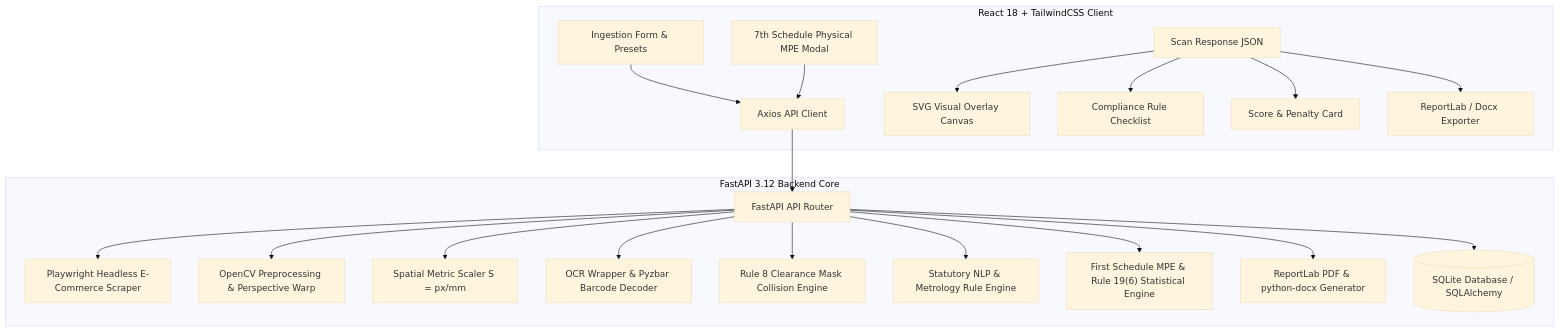
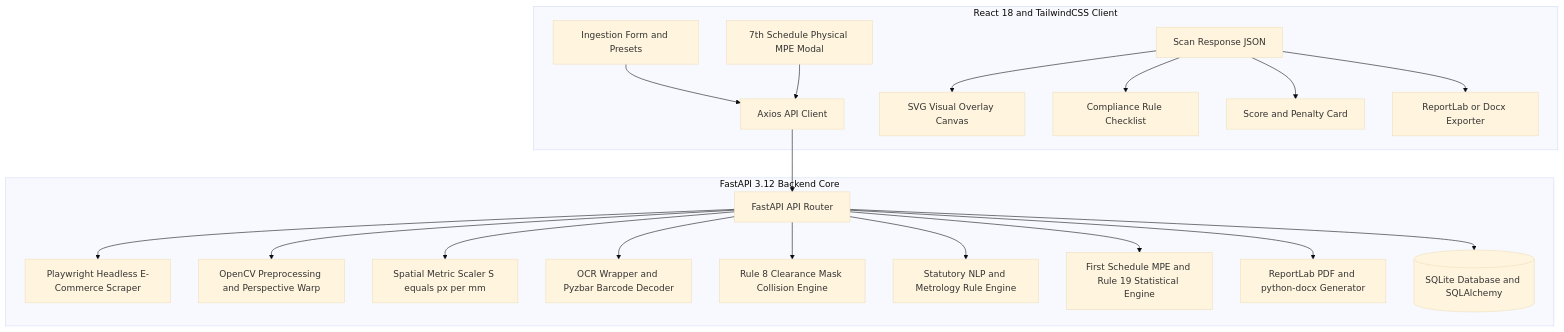
The diagram in docs/DOCUMENTATION.md (Xennonite/Heisen-De-Buggers), drawn with Mermaid (base theme) before and after one commit.

Commit message:
docs(architecture): Resolve GitHub Mermaid rendering failure

````diff
--- a/docs/DOCUMENTATION.md
+++ b/docs/DOCUMENTATION.md
@@ -293,24 +293,24 @@
 ```mermaid
 graph TD
-    subgraph Frontend ["React 18 + TailwindCSS Client"]
-        UI["Ingestion Form & Presets"] --> API_REQ["Axios API Client"]
-        API_RESP["Scan Response JSON"] --> CANVAS["SVG Visual Overlay Canvas"]
-        API_RESP --> CHECKLIST["Compliance Rule Checklist"]
-        API_RESP --> GAUGE["Score & Penalty Card"]
-        API_RESP --> EXPORTER["ReportLab / Docx Exporter"]
-        MODAL["7th Schedule Physical MPE Modal"] --> API_REQ
+    subgraph Frontend [React 18 and TailwindCSS Client]
+        UI[Ingestion Form and Presets] --> API_REQ[Axios API Client]
+        API_RESP[Scan Response JSON] --> CANVAS[SVG Visual Overlay Canvas]
+        API_RESP --> CHECKLIST[Compliance Rule Checklist]
+        API_RESP --> GAUGE[Score and Penalty Card]
+        API_RESP --> EXPORTER[ReportLab or Docx Exporter]
+        MODAL[7th Schedule Physical MPE Modal] --> API_REQ
     end
 
-    subgraph Backend ["FastAPI 3.12 Backend Core"]
-        API_REQ --> ROUTER["FastAPI API Router"]
-        ROUTER --> SCRAPER["Playwright Headless E-Commerce Scraper"]
-        ROUTER --> PREPROC["OpenCV Preprocessing & Perspective Warp"]
-        ROUTER --> SCALER["Spatial Metric Scaler S = px/mm"]
-        ROUTER --> OCR["OCR Wrapper & Pyzbar Barcode Decoder"]
-        ROUTER --> CLEARANCE["Rule 8 Clearance Mask Collision Engine"]
-        ROUTER --> RULES["Statutory NLP & Metrology Rule Engine"]
-        ROUTER --> MPE["First Schedule MPE & Rule 19(6) Statistical Engine"]
-        ROUTER --> PDF_GEN["ReportLab PDF & python-docx Generator"]
-        ROUTER --> DB[("SQLite Database / SQLAlchemy")]
+    subgraph Backend [FastAPI 3.12 Backend Core]
+        API_REQ --> ROUTER[FastAPI API Router]
+        ROUTER --> SCRAPER[Playwright Headless E-Commerce Scraper]
+        ROUTER --> PREPROC[OpenCV Preprocessing and Perspective Warp]
+        ROUTER --> SCALER[Spatial Metric Scaler S equals px per mm]
+        ROUTER --> OCR[OCR Wrapper and Pyzbar Barcode Decoder]
+        ROUTER --> CLEARANCE[Rule 8 Clearance Mask Collision Engine]
+        ROUTER --> RULES[Statutory NLP and Metrology Rule Engine]
+        ROUTER --> MPE[First Schedule MPE and Rule 19 Statistical Engine]
+        ROUTER --> PDF_GEN[ReportLab PDF and python-docx Generator]
+        ROUTER --> DB[(SQLite Database and SQLAlchemy)]
     end
 ```
````
